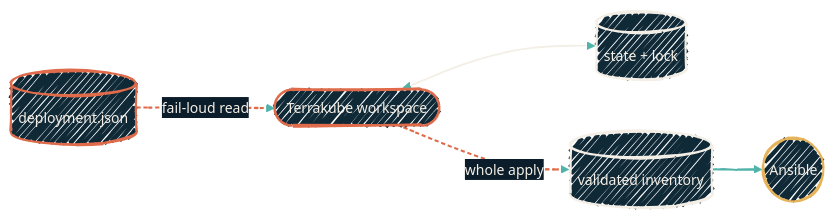
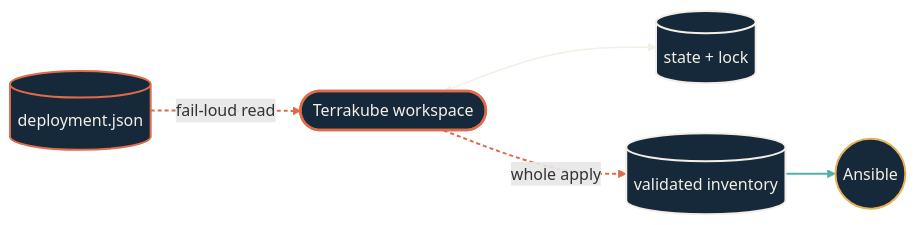
One commit to dryvist/docs changed the diagram in infrastructure/deployment-state-contract.mdx. Above: the diagram before and after it, drawn with Mermaid. The commit also changed other lines of this file and 116 other files, not shown here.

````diff
--- a/infrastructure/deployment-state-contract.mdx
+++ b/infrastructure/deployment-state-contract.mdx
@@ -26,27 +26,30 @@
 ```mermaid
-%%{init:
-  {'theme':'base','look':'handDrawn','themeVariables':{'fontFamily':'Geist','fontSize':'14px','primaryColor':'#102937','primaryTextColor':'#F4EFE6','primaryBorderColor':'#4FB3A9','lineColor':'#4FB3A9','secondaryColor':'#0B1D2A','tertiaryColor':'#1A2A38','clusterBkg':'rgba(79,179,169,0.08)','clusterBorder':'#4FB3A9'}}}%%
-  flowchart LR
+%%{init: {"theme":"base","look":"handDrawn","themeVariables":{"primaryColor":"#123a36","primaryTextColor":"#f4efe6","primaryBorderColor":"#4fb3a9","lineColor":"#4fb3a9","secondaryColor":"#0b1d2a","tertiaryColor":"#16293a","clusterBkg":"#08151f","clusterBorder":"#4fb3a9","fontFamily":"'Geist Sans', system-ui, -apple-system, BlinkMacSystemFont, 'Segoe UI', Roboto, sans-serif","fontSize":"14px"}}}%%
+flowchart LR
+  classDef src fill:#16293a,stroke:#e06b4a,stroke-width:2px,color:#f4efe6;
+  classDef ai fill:#16293a,stroke:#e06b4a,stroke-width:2px,color:#f4efe6;
+  classDef gate fill:#16293a,stroke:#e06b4a,stroke-width:2.5px,color:#f4efe6;
+  classDef hop fill:#16293a,stroke:#4fb3a9,stroke-width:2px,color:#f4efe6;
+  classDef host fill:#16293a,stroke:#4fb3a9,stroke-width:2px,color:#f4efe6;
+  classDef sink fill:#16293a,stroke:#f4efe6,stroke-width:2px,color:#f4efe6;
+  classDef auto fill:#16293a,stroke:#f4efe6,stroke-width:1.5px,color:#f4efe6;
+  classDef external fill:#16293a,stroke:#e6b35a,stroke-width:2px,color:#f4efe6;
   DJ[(deployment.json)]
   TK([Terrakube workspace])
   ST[(state + lock)]
   INV[(validated inventory)]
   ANS((Ansible))
 
   DJ -->|fail-loud read| TK
   TK <--> ST
   TK -->|whole apply| INV
   INV --> ANS
 
-  classDef src fill:#102937,stroke:#E06B4A,stroke-width:2px,color:#F4EFE6;
-  classDef gate fill:#102937,stroke:#E06B4A,stroke-width:2.5px,color:#F4EFE6;
-  classDef sink fill:#102937,stroke:#F4EFE6,stroke-width:2px,color:#F4EFE6;
-  classDef external fill:#102937,stroke:#E6B35A,stroke-width:2px,color:#F4EFE6;
   class DJ src
   class TK gate
   class ST,INV sink
   class ANS external
   linkStyle 0,2 stroke:#E06B4A,stroke-width:2px,stroke-dasharray:4 3;
   linkStyle 1 stroke:#F4EFE6,stroke-width:1.5px;
   linkStyle 3 stroke:#4FB3A9,stroke-width:2px;
 ```
````
